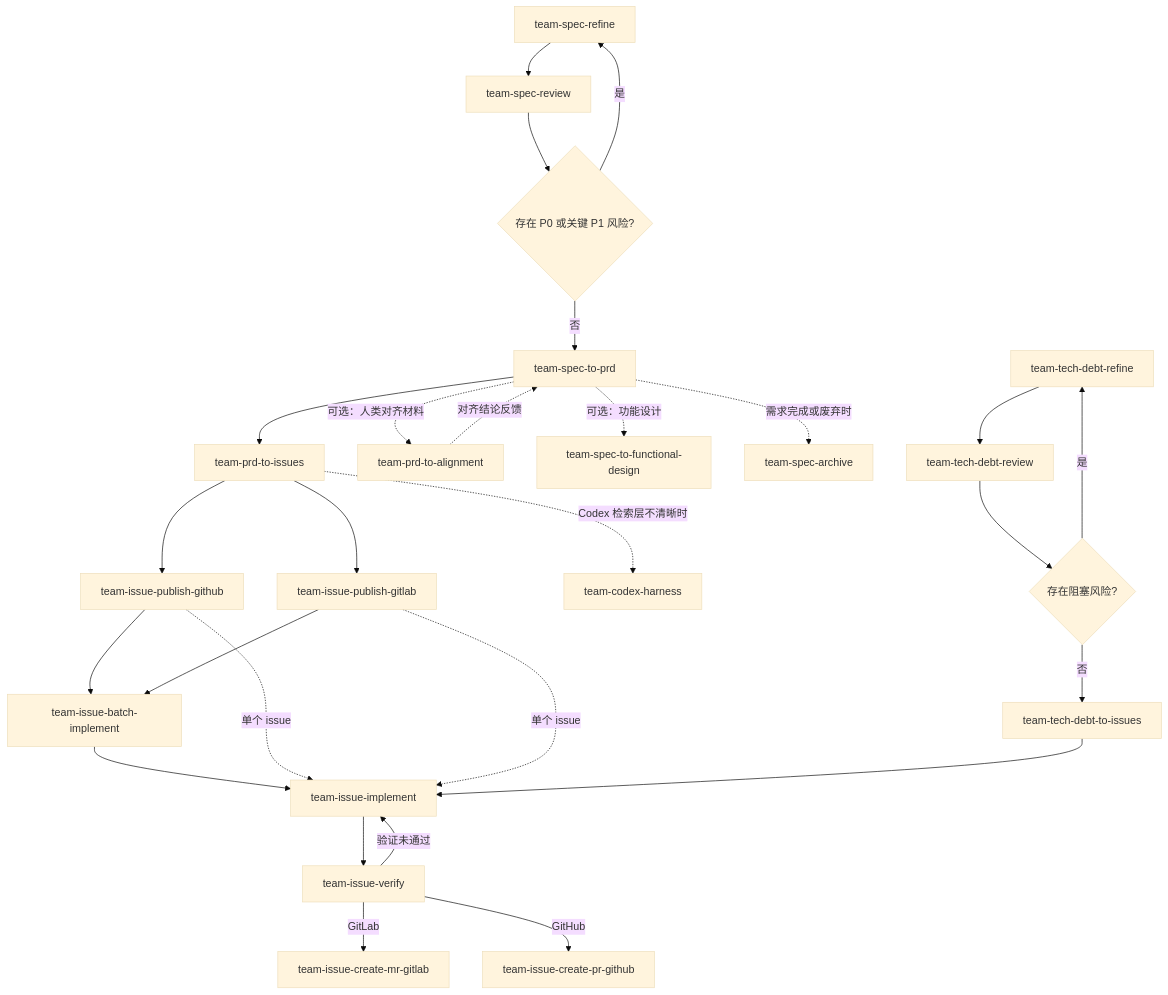
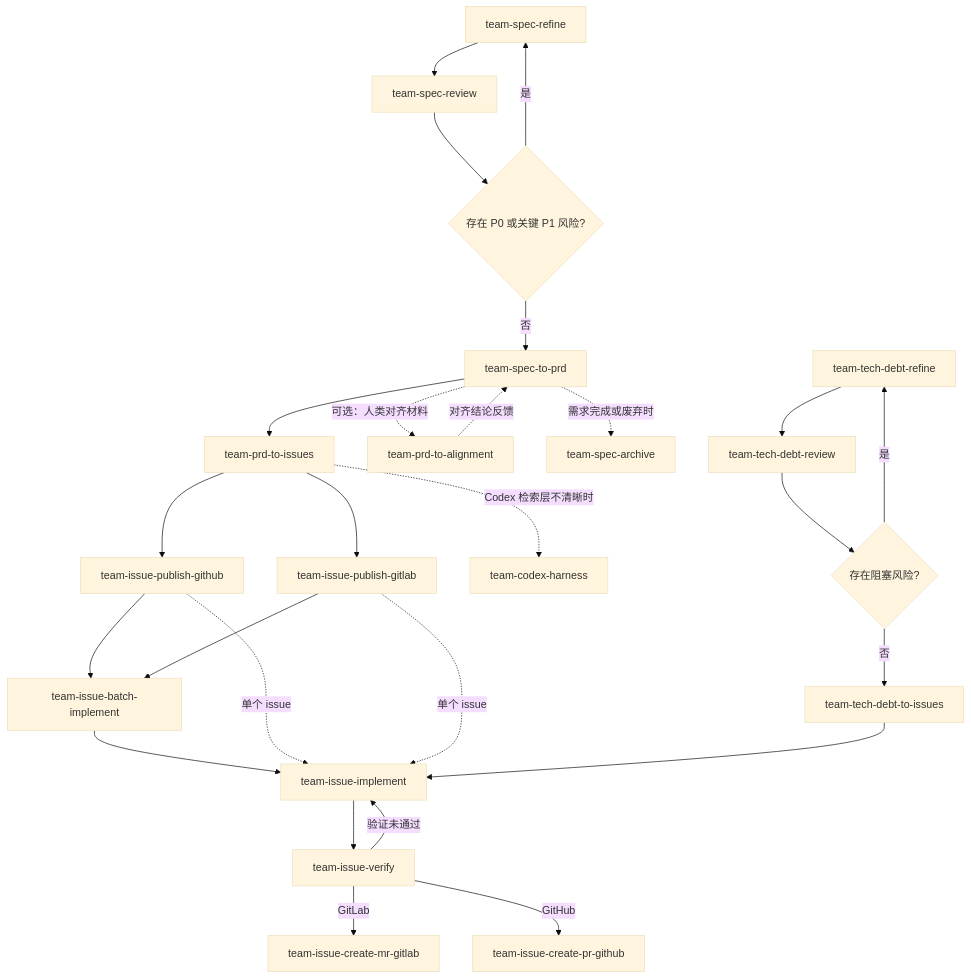
The diagram in README.md (coolbeevip/team-ai-skills), drawn with Mermaid (base theme) before and after one commit. The commit also changed other lines of this file and 55 other files, not shown here.

Commit message:
refactor(skill): update skill descriptions and remove redundant functional design reference

````diff
--- a/README.md
+++ b/README.md
@@ -70,30 +64,29 @@
 ```mermaid
 flowchart TD
     A[team-spec-refine] --> B[team-spec-review]
     B --> C{存在 P0 或关键 P1 风险?}
     C -- 是 --> A
     C -- 否 --> D[team-spec-to-prd]
     D --> F[team-prd-to-issues]
     D -. 可选：人类对齐材料 .-> H[team-prd-to-alignment]
     H -. 对齐结论反馈 .-> D
-    D -. 可选：功能设计 .-> R[team-spec-to-functional-design]
     F --> N[team-issue-publish-github]
     F --> O[team-issue-publish-gitlab]
     F -. Codex 检索层不清晰时 .-> T[team-codex-harness]
     N --> U[team-issue-batch-implement]
     O --> U
     U --> G[team-issue-implement]
     N -. 单个 issue .-> G
     O -. 单个 issue .-> G
     G --> I[team-issue-verify]
     I -- 验证未通过 --> G
     I -- GitLab --> P[team-issue-create-mr-gitlab]
     I -- GitHub --> Q[team-issue-create-pr-github]
     D -. 需求完成或废弃时 .-> S[team-spec-archive]
 
     J[team-tech-debt-refine] --> K[team-tech-debt-review]
     K --> L{存在阻塞风险?}
     L -- 是 --> J
     L -- 否 --> M[team-tech-debt-to-issues]
     M --> G
 ```
````
